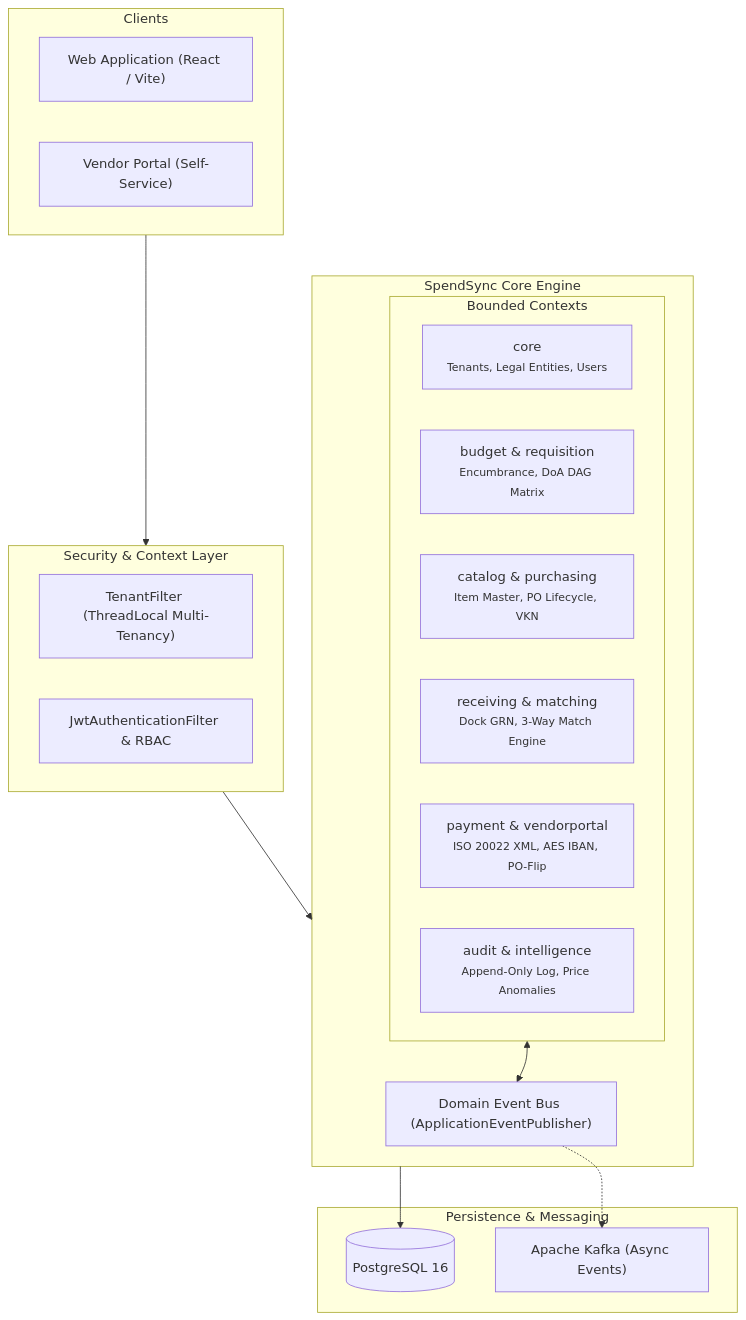
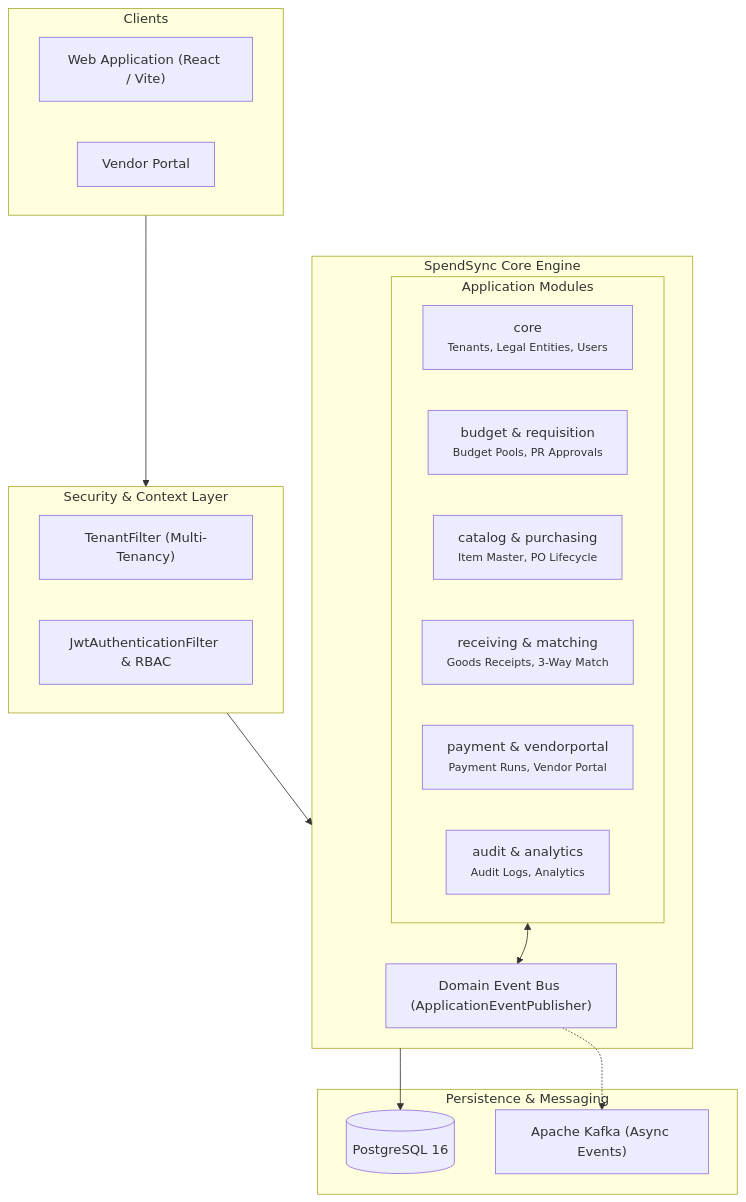
The first of 2 diagrams in README.md (doguhanniltextra/spend-sync), drawn with Mermaid before and after one commit. The commit also changed other lines of this file, not shown here.

````diff
--- a/README.md
+++ b/README.md
@@ -20,36 +20,36 @@
 ```mermaid
 graph TB
     subgraph Clients["Clients"]
         SPA["Web Application (React / Vite)"]
-        VP["Vendor Portal (Self-Service)"]
+        VP["Vendor Portal"]
     end
 
     subgraph Security["Security & Context Layer"]
-        TF["TenantFilter (ThreadLocal Multi-Tenancy)"]
+        TF["TenantFilter (Multi-Tenancy)"]
         AUTH["JwtAuthenticationFilter & RBAC"]
     end
 
     subgraph Monolith["SpendSync Core Engine"]
-        subgraph DomainModules["Bounded Contexts"]
+        subgraph DomainModules["Application Modules"]
             M_CORE["core<br/><small>Tenants, Legal Entities, Users</small>"]
-            M_BGT["budget & requisition<br/><small>Encumbrance, DoA DAG Matrix</small>"]
-            M_CAT["catalog & purchasing<br/><small>Item Master, PO Lifecycle, VKN</small>"]
-            M_RCV["receiving & matching<br/><small>Dock GRN, 3-Way Match Engine</small>"]
-            M_PAY["payment & vendorportal<br/><small>ISO 20022 XML, AES IBAN, PO-Flip</small>"]
-            M_GOV["audit & intelligence<br/><small>Append-Only Log, Price Anomalies</small>"]
+            M_BGT["budget & requisition<br/><small>Budget Pools, PR Approvals</small>"]
+            M_CAT["catalog & purchasing<br/><small>Item Master, PO Lifecycle</small>"]
+            M_RCV["receiving & matching<br/><small>Goods Receipts, 3-Way Match</small>"]
+            M_PAY["payment & vendorportal<br/><small>Payment Runs, Vendor Portal</small>"]
+            M_GOV["audit & analytics<br/><small>Audit Logs, Analytics</small>"]
         end
 
         EVENT_BUS["Domain Event Bus (ApplicationEventPublisher)"]
     end
 
     subgraph Storage["Persistence & Messaging"]
         DB[("PostgreSQL 16")]
         KAFKA["Apache Kafka (Async Events)"]
     end
 
     Clients --> Security
     Security --> Monolith
     DomainModules <--> EVENT_BUS
     Monolith --> DB
     EVENT_BUS -.-> KAFKA
 ```
````
